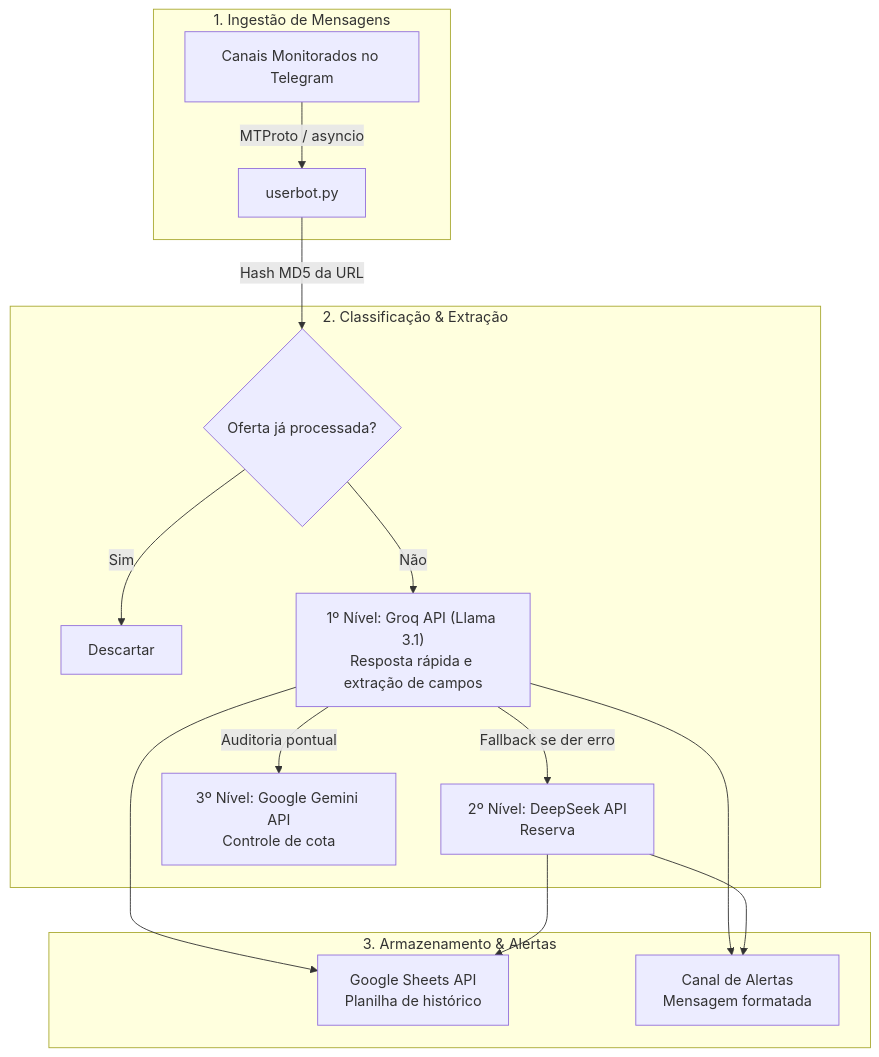
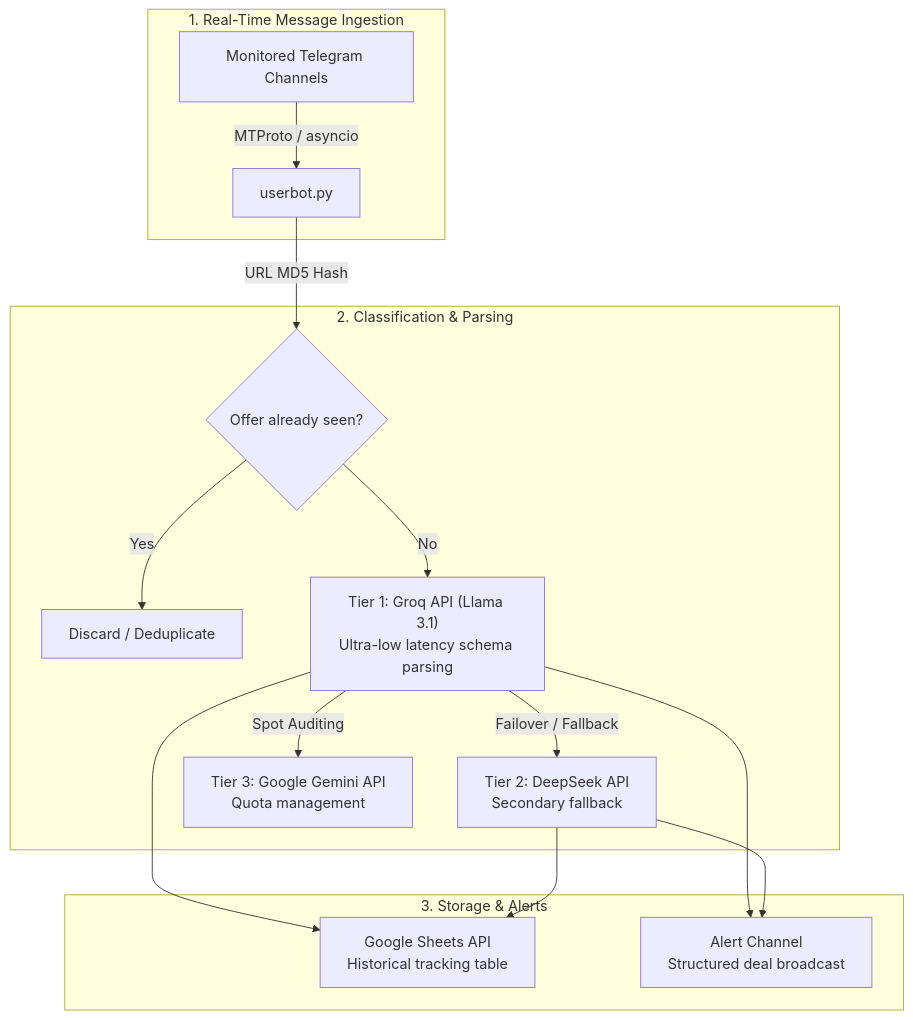
One commit to VPariz/bot-promocoes-telegram changed the diagram in README.md. Above: the diagram before and after it, drawn with Mermaid. The commit also changed other lines of this file, not shown here.

````diff
--- a/README.md
+++ b/README.md
@@ -9,21 +15,21 @@
 ```mermaid
 flowchart TD
-    subgraph INGESTAO["1. Ingestão de Mensagens"]
-        TG["Canais Monitorados no Telegram"] -->|MTProto / asyncio| UB["userbot.py"]
+    subgraph INGESTION["1. Real-Time Message Ingestion"]
+        TG["Monitored Telegram Channels"] -->|MTProto / asyncio| UB["userbot.py"]
     end
 
-    subgraph PROCESSAMENTO["2. Classificação & Extração"]
-        UB -->|Hash MD5 da URL| DEDUP{"Oferta já processada?"}
-        DEDUP -->|Sim| DROP["Descartar"]
-        DEDUP -->|Não| L1["1º Nível: Groq API (Llama 3.1)<br/>Resposta rápida e extração de campos"]
-        L1 -->|Fallback se der erro| L2["2º Nível: DeepSeek API<br/>Reserva"]
-        L1 -->|Auditoria pontual| L3["3º Nível: Google Gemini API<br/>Controle de cota"]
+    subgraph PROCESSING["2. Classification & Parsing"]
+        UB -->|URL MD5 Hash| DEDUP{"Offer already seen?"}
+        DEDUP -->|Yes| DROP["Discard / Deduplicate"]
+        DEDUP -->|No| L1["Tier 1: Groq API (Llama 3.1)<br/>Ultra-low latency schema parsing"]
+        L1 -->|Failover / Fallback| L2["Tier 2: DeepSeek API<br/>Secondary fallback"]
+        L1 -->|Spot Auditing| L3["Tier 3: Google Gemini API<br/>Quota management"]
     end
 
-    subgraph DESTINO["3. Armazenamento & Alertas"]
-        L1 --> SHEETS["Google Sheets API<br/>Planilha de histórico"]
+    subgraph DESTINATION["3. Storage & Alerts"]
+        L1 --> SHEETS["Google Sheets API<br/>Historical tracking table"]
         L2 --> SHEETS
-        L1 --> ALERT["Canal de Alertas<br/>Mensagem formatada"]
+        L1 --> ALERT["Alert Channel<br/>Structured deal broadcast"]
         L2 --> ALERT
     end
 ```
````
